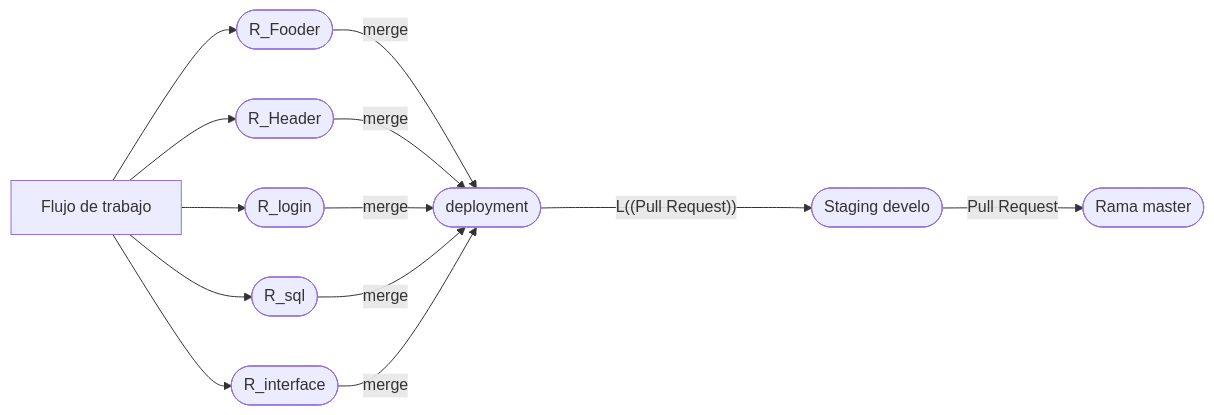
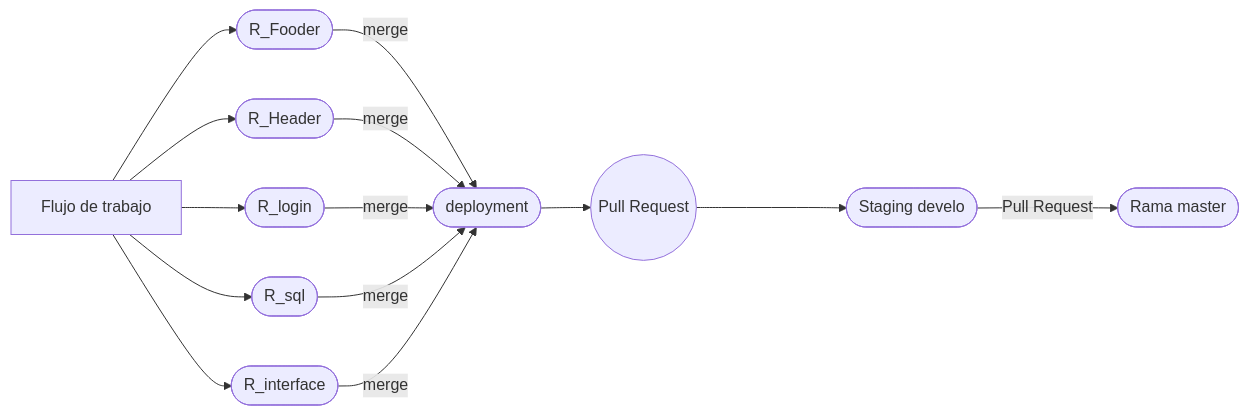
One commit to dczinil/git changed the third of 3 diagrams in Notas_del_curso_de_git.md. Above: the diagram before and after it, drawn with Mermaid.

Commit message:
Trabajando en los graficos de flujo de trebajo p18 nuevo grafico

````diff
--- a/Notas_del_curso_de_git.md
+++ b/Notas_del_curso_de_git.md
@@ -253,10 +253,10 @@
 ```mermaid
 
 graph LR
 A[Flujo de trabajo]-->B([R_Fooder])--merge-->H
 A[Flujo de trabajo]-->C([R_Header])--merge-->H
 A[Flujo de trabajo]-->D([R_login])--merge-->H
 A[Flujo de trabajo]-->E([R_sql])--merge-->H
 A[Flujo de trabajo]-->G([R_interface])--merge-->H
-H([deployment])--L((Pull Request))---->I([Staging  develo])--Pull Request-->K([Rama master])
+H([deployment])-->L((Pull Request))---->I([Staging  develo])--Pull Request-->K([Rama master])
 ```
````
